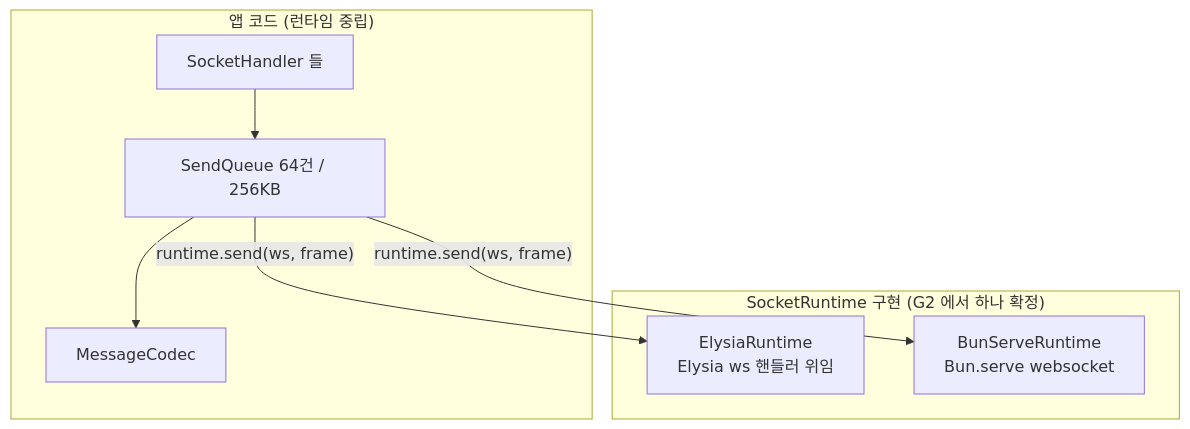
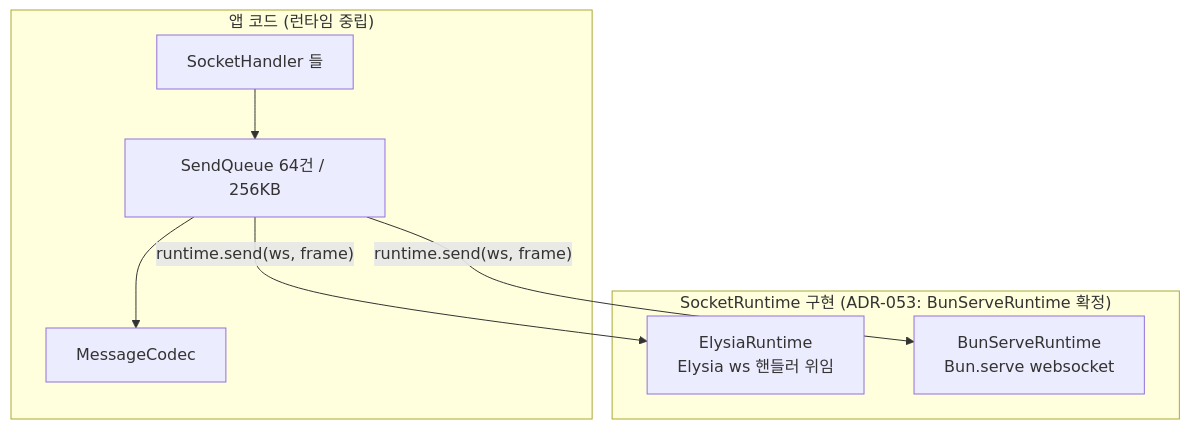
The fifth of 53 diagrams in docs/design/features/14-realtime.md (1985jwlee/portpolio_backend), drawn with Mermaid before and after one commit. The commit also changed other lines of this file and 3 other files, not shown here.

First line of the commit message:
ADR-053 ws-gateway 소켓 계층을 Bun.serve 로 확정한다

````diff
--- a/docs/design/features/14-realtime.md
+++ b/docs/design/features/14-realtime.md
@@ -413,15 +413,15 @@
 ```mermaid
 flowchart TB
     subgraph app["앱 코드 (런타임 중립)"]
         H["SocketHandler 들"]
         Q["SendQueue 64건 / 256KB"]
         C["MessageCodec"]
     end
-    subgraph rt["SocketRuntime 구현 (G2 에서 하나 확정)"]
+    subgraph rt["SocketRuntime 구현 (ADR-053: BunServeRuntime 확정)"]
         A["ElysiaRuntime<br/>Elysia ws 핸들러 위임"]
         B["BunServeRuntime<br/>Bun.serve websocket"]
     end
     H --> Q --> C
     Q -->|"runtime.send(ws, frame)"| A
     Q -->|"runtime.send(ws, frame)"| B
 ```
````
